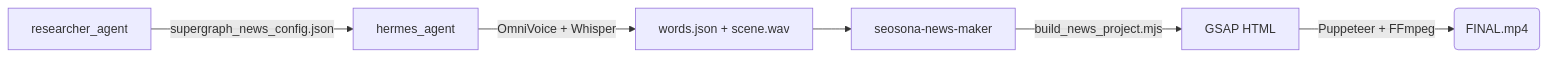
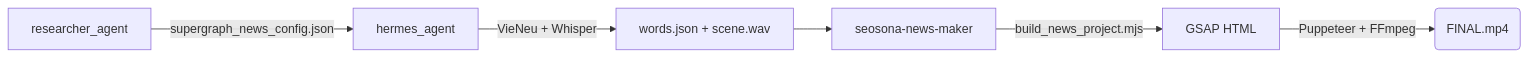
The diagram in docs/05_PIPELINE_SEQUENCES.md (LongLeo287/SEOSONA-Video-AI), drawn with Mermaid before and after one commit. The commit also changed other lines of this file and 45 other files, not shown here.

First line of the commit message:
chore(video): purge deprecated voice systems + sync docs to VieNeu-only

````diff
--- a/docs/05_PIPELINE_SEQUENCES.md
+++ b/docs/05_PIPELINE_SEQUENCES.md
@@ -11,8 +11,8 @@
 ```mermaid
 graph LR
     A[researcher_agent] -->|supergraph_news_config.json| B[hermes_agent]
-    B -->|OmniVoice + Whisper| C[words.json + scene.wav]
+    B -->|VieNeu + Whisper| C[words.json + scene.wav]
     C --> D[seosona-news-maker]
     D -->|build_news_project.mjs| E[GSAP HTML]
     E -->|Puppeteer + FFmpeg| F(FINAL.mp4)
 ```
````
